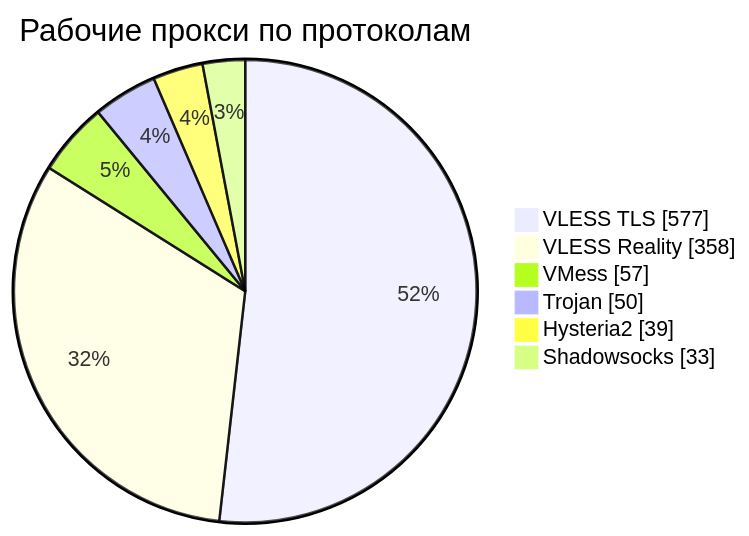
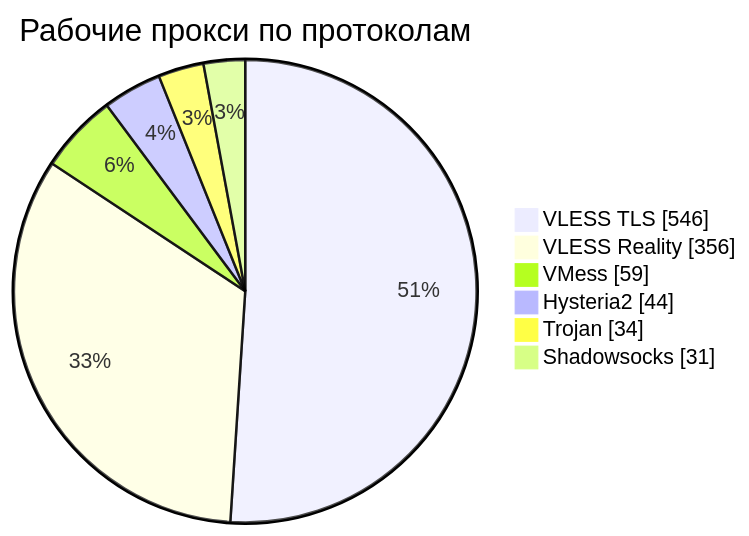
One commit to rvvg/proxy-subs changed the third of 4 diagrams in README.md. Above: the diagram before and after it, drawn with Mermaid. The commit also changed other lines of this file and 49 other files, not shown here.

````diff
--- a/README.md
+++ b/README.md
@@ -136,10 +140,10 @@
 ```mermaid
 pie showData
     title Рабочие прокси по протоколам
-    "VLESS TLS" : 577
-    "VLESS Reality" : 358
-    "VMess" : 57
-    "Trojan" : 50
-    "Hysteria2" : 39
-    "Shadowsocks" : 33
+    "VLESS TLS" : 546
+    "VLESS Reality" : 356
+    "VMess" : 59
+    "Hysteria2" : 44
+    "Trojan" : 34
+    "Shadowsocks" : 31
 ```
````
